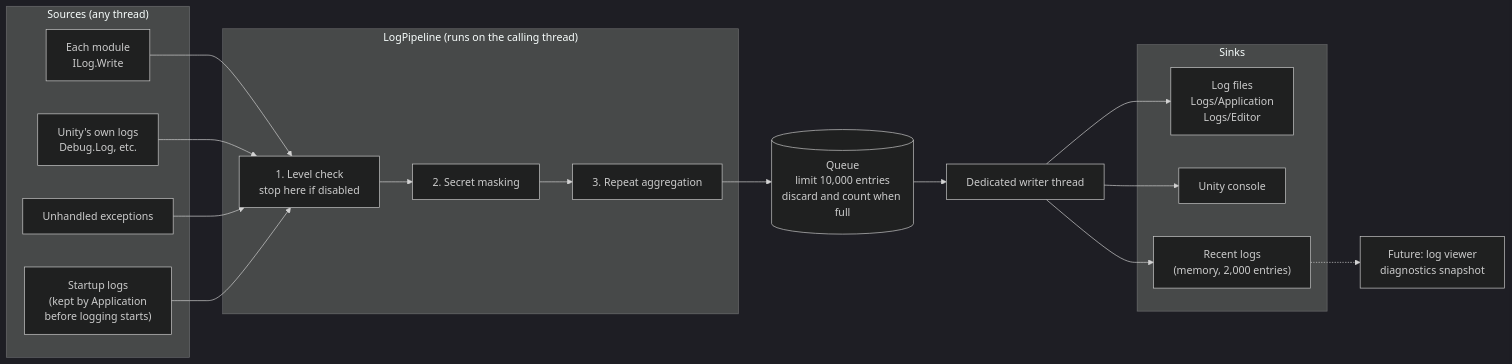
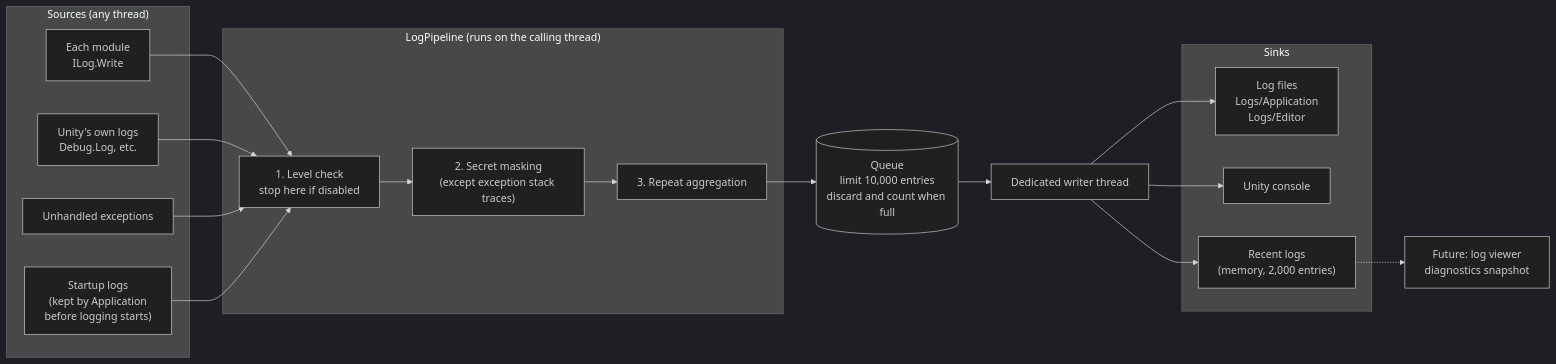
The first of 4 diagrams in docs/en/detailed-design/diagnostics-logging.md (Yupopyoi/virtual-vessel-studio), drawn with Mermaid (dark theme) before and after one commit. The commit also changed other lines of this file and 1 other file, not shown here.

````diff
--- a/docs/en/detailed-design/diagnostics-logging.md
+++ b/docs/en/detailed-design/diagnostics-logging.md
@@ -35,38 +35,38 @@
 ```mermaid
 flowchart LR
     subgraph Sources["Sources (any thread)"]
         Modules["Each module<br/>ILog.Write"]
         UnityLogs["Unity's own logs<br/>Debug.Log, etc."]
         Unhandled["Unhandled exceptions"]
         Early["Startup logs<br/>(kept by Application<br/>before logging starts)"]
     end
 
     subgraph Pipeline["LogPipeline (runs on the calling thread)"]
         Level["1. Level check<br/>stop here if disabled"]
-        Mask["2. Secret masking"]
+        Mask["2. Secret masking<br/>(except exception stack traces)"]
         Repeat["3. Repeat aggregation"]
     end
 
     Queue[("Queue<br/>limit 10,000 entries<br/>discard and count when full")]
 
     Writer["Dedicated writer thread"]
 
     subgraph Sinks["Sinks"]
         File["Log files<br/>Logs/Application<br/>Logs/Editor"]
         Console["Unity console"]
         Recent["Recent logs<br/>(memory, 2,000 entries)"]
     end
 
     Viewer["Future: log viewer<br/>diagnostics snapshot"]
 
     Modules --> Level
     UnityLogs --> Level
     Unhandled --> Level
     Early --> Level
     Level --> Mask --> Repeat --> Queue
     Queue --> Writer
     Writer --> File
     Writer --> Console
     Writer --> Recent
     Recent -.-> Viewer
 ```
````
